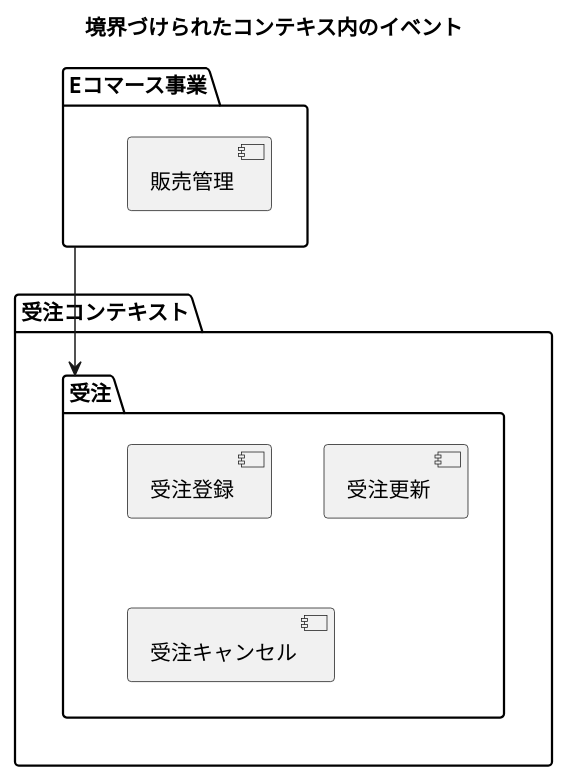
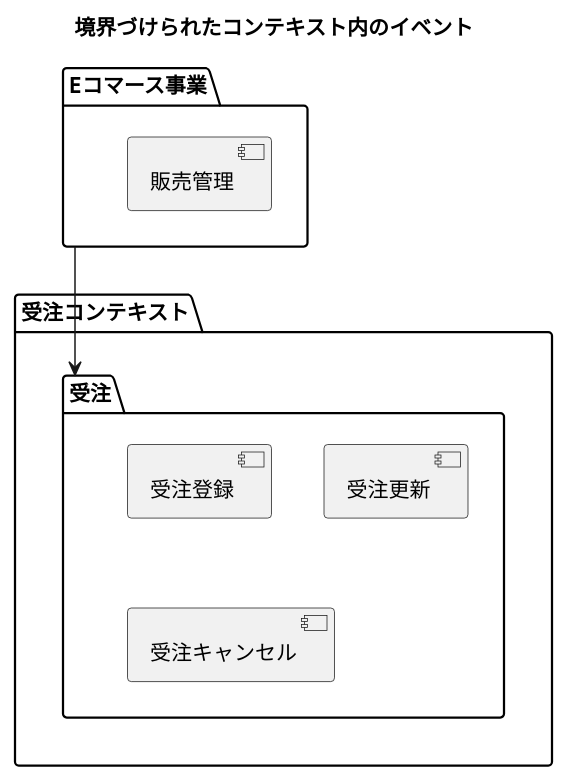
Before and after one commit to k2works/zen-docs: the diagram in puml/c2fbee1b884f10/diagram-09.puml, drawn with PlantUML. The commit also changed 11 other files, not shown here.

First line of the commit message:
fix: CRLF の Markdown で plantuml ブロックを検出できるようにする

```diff
--- a/puml/c2fbee1b884f10/diagram-09.puml
+++ b/puml/c2fbee1b884f10/diagram-09.puml
@@ -1,19 +1,19 @@
 @startuml
-title 境界づけられたコンテキス内のイベント
+title 境界づけられたコンテキスト内のイベント
 
 package "Eコマース事業" {
     [販売管理] as SalesManagement
 }
 
 package 受注コンテキスト {
     package "受注" {
           [受注登録]
           [受注更新]
           [受注キャンセル]
     }
 }
 
 
 "Eコマース事業" --> "受注"
 
 @enduml
```
